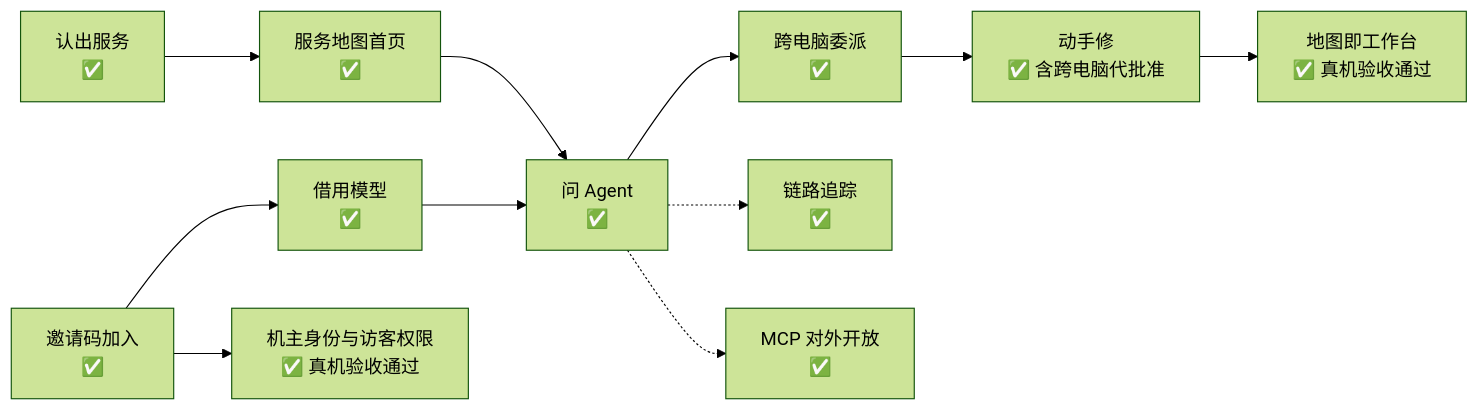
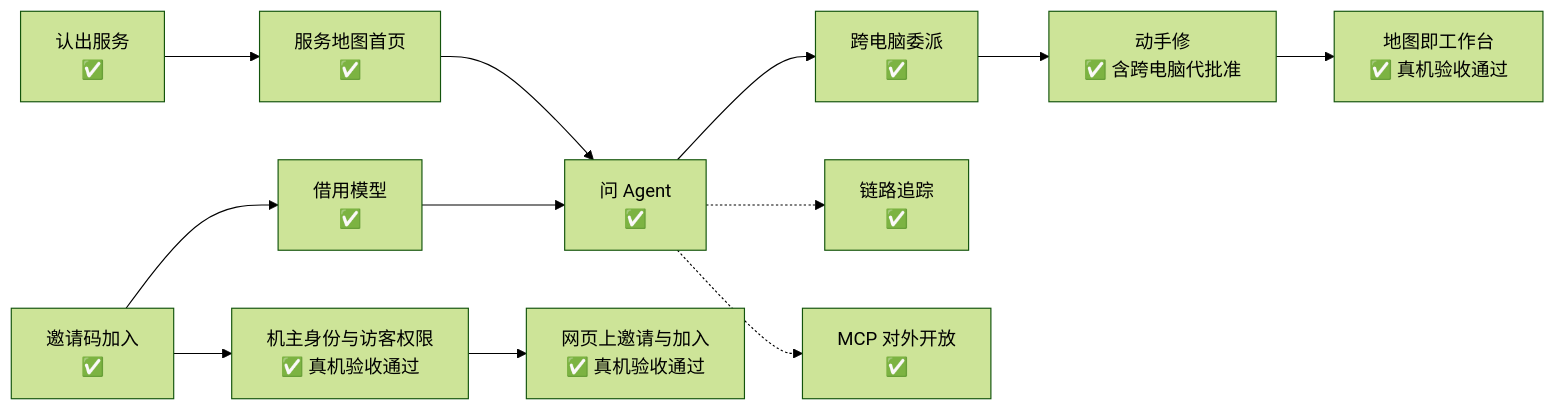
The diagram in docs/project/roadmap.md (Sugarfarmeriod/TunnelMinion), drawn with Mermaid (forest theme) before and after one commit. The commit also changed other lines of this file and 1 other file, not shown here.

Commit message:
docs: 网页上邀请与加入真机验收通过，回写路线图 (#211)

````diff
--- a/docs/project/roadmap.md
+++ b/docs/project/roadmap.md
@@ -15,13 +15,14 @@
 ```mermaid
 flowchart LR
     S["认出服务<br/>✅"] --> M["服务地图首页<br/>✅"]
     M --> Q["问 Agent<br/>✅"]
     Q --> D["跨电脑委派<br/>✅"]
     D --> R["动手修<br/>✅ 含跨电脑代批准"]
     R --> W["地图即工作台<br/>✅ 真机验收通过"]
     J["邀请码加入<br/>✅"] --> B["借用模型<br/>✅"]
     J --> I["机主身份与访客权限<br/>✅ 真机验收通过"]
+    I --> G["网页上邀请与加入<br/>✅ 真机验收通过"]
     B --> Q
     Q -.-> O["链路追踪<br/>✅"]
     Q -.-> X["MCP 对外开放<br/>✅"]
 ```
````
